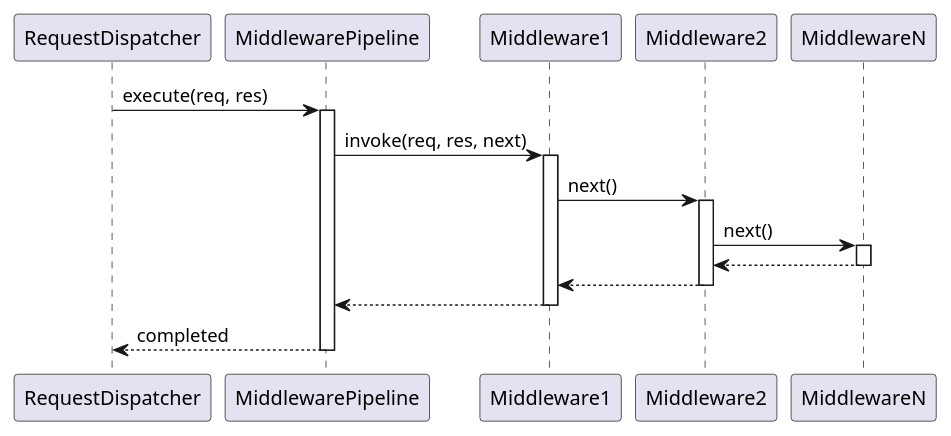
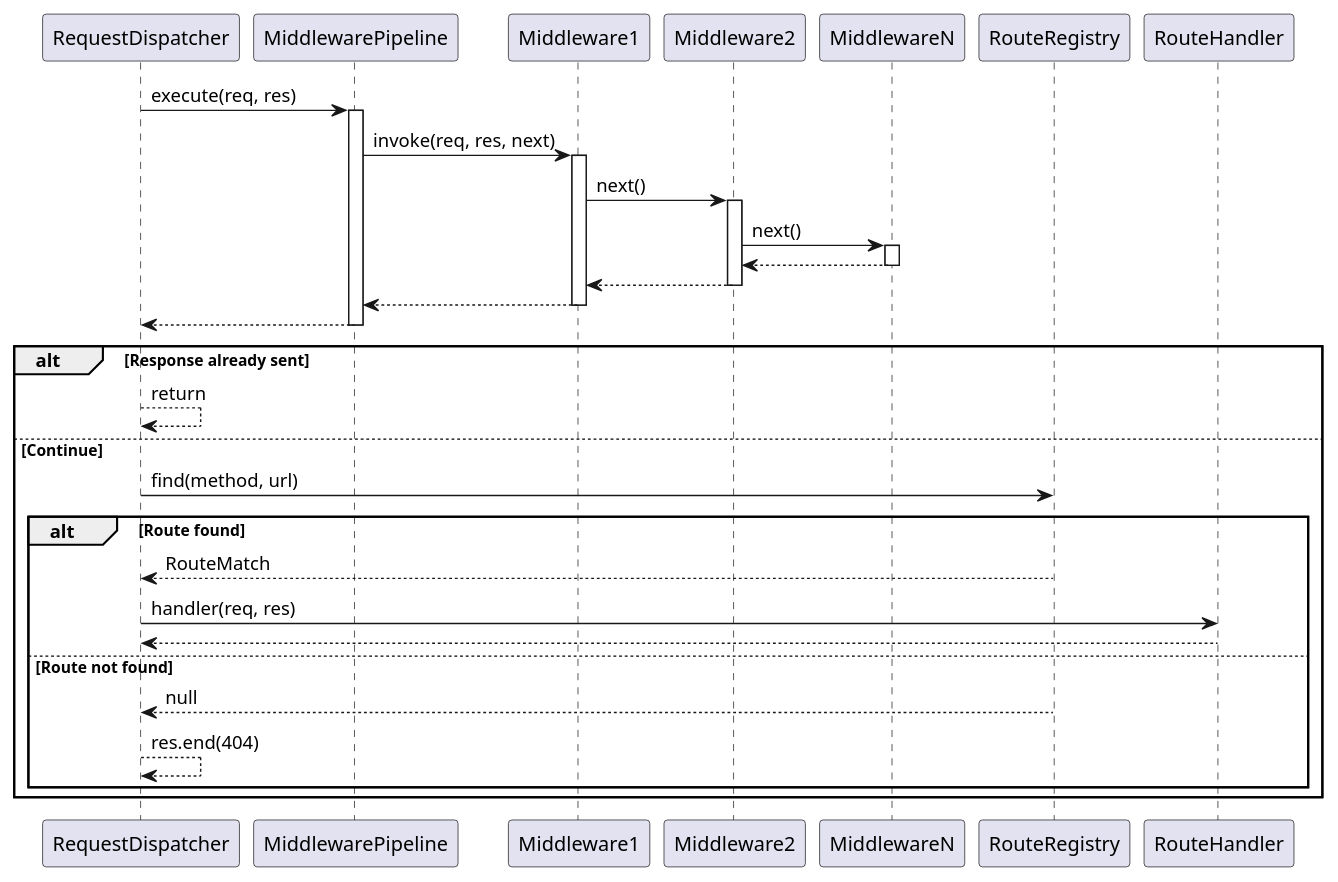
One commit to Ali-Wael-Hassan/duck-node-router changed the diagram in docs/sequence diagrams/RequestDispatcher-Sequence.puml. Above: the diagram before and after it, drawn with PlantUML. The commit also changed 8 other files, not shown here.

Commit message:
Implemented RequestDispatcher, and Router. Updated: README, Class Diagram, and Sequence Diagrams so that it match the new design and progress

```diff
--- a/docs/sequence diagrams/RequestDispatcher-Sequence.puml
+++ b/docs/sequence diagrams/RequestDispatcher-Sequence.puml
@@ -1,34 +1,51 @@
 @startuml Dispatch
 
 participant RequestDispatcher
 participant MiddlewarePipeline
 participant Middleware1
 participant Middleware2
 participant MiddlewareN
+participant RouteRegistry
+participant RouteHandler
 
 RequestDispatcher -> MiddlewarePipeline : execute(req, res)
 
 activate MiddlewarePipeline
 
 MiddlewarePipeline -> Middleware1 : invoke(req, res, next)
 activate Middleware1
 
 Middleware1 -> Middleware2 : next()
 activate Middleware2
 
 Middleware2 -> MiddlewareN : next()
 activate MiddlewareN
 
 MiddlewareN --> Middleware2
 deactivate MiddlewareN
 
 Middleware2 --> Middleware1
 deactivate Middleware2
 
 Middleware1 --> MiddlewarePipeline
 deactivate Middleware1
 
-MiddlewarePipeline --> RequestDispatcher : completed
+MiddlewarePipeline --> RequestDispatcher
 deactivate MiddlewarePipeline
 
+alt Response already sent
+    RequestDispatcher --> RequestDispatcher : return
+else Continue
+    RequestDispatcher -> RouteRegistry : find(method, url)
+
+    alt Route found
+        RouteRegistry --> RequestDispatcher : RouteMatch
+        RequestDispatcher -> RouteHandler : handler(req, res)
+        RouteHandler --> RequestDispatcher
+    else Route not found
+        RouteRegistry --> RequestDispatcher : null
+        RequestDispatcher --> RequestDispatcher : res.end(404)
+    end
+end
+
 @enduml
```
